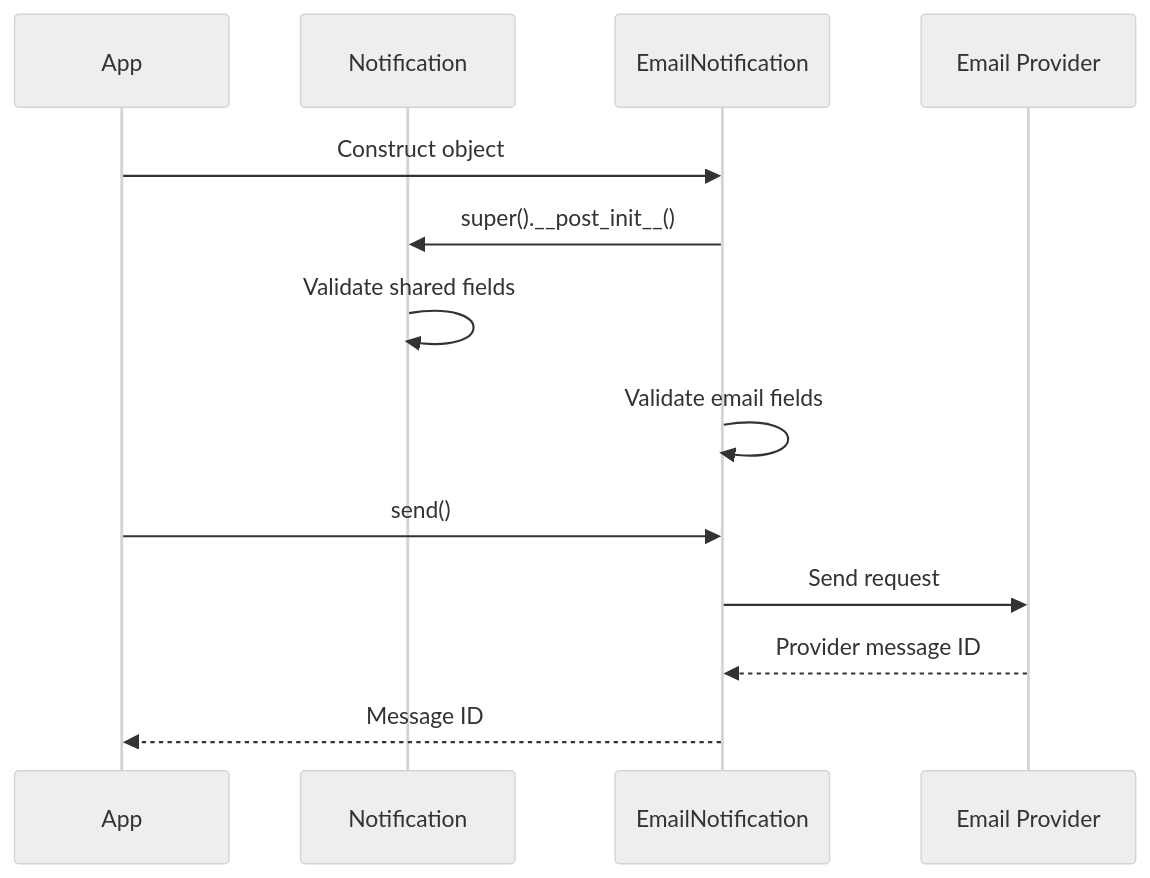
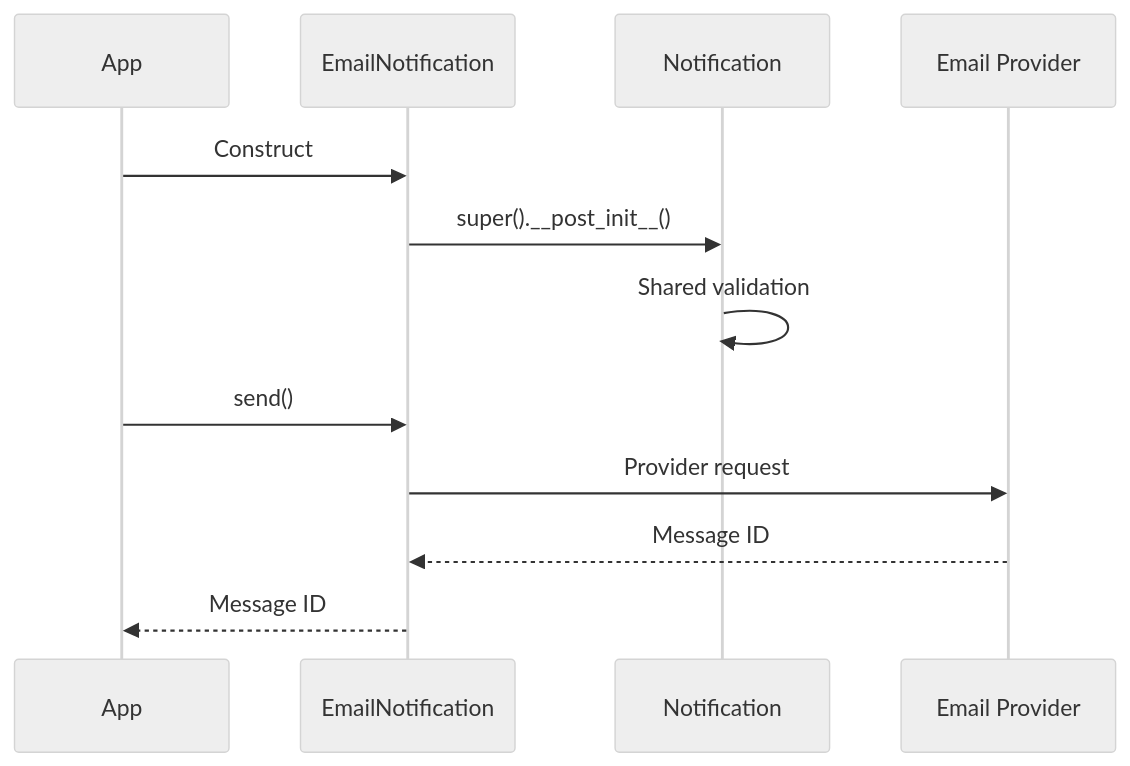
One commit to AvadhBhalodiya/Interview-Preparation changed the fourth of 5 diagrams in src/content/python/dataclass-abc.md. Above: the diagram before and after it, drawn with Mermaid (neutral theme). The commit also changed other lines of this file and 80 other files, not shown here.

````diff
--- a/src/content/python/dataclass-abc.md
+++ b/src/content/python/dataclass-abc.md
@@ -1463,16 +522,15 @@
 ```mermaid
 sequenceDiagram
     participant App
+    participant Child as EmailNotification
     participant Base as Notification
-    participant Email as EmailNotification
     participant Provider as Email Provider
 
-    App->>Email: Construct object
-    Email->>Base: super().__post_init__()
-    Base->>Base: Validate shared fields
-    Email->>Email: Validate email fields
-    App->>Email: send()
-    Email->>Provider: Send request
-    Provider-->>Email: Provider message ID
-    Email-->>App: Message ID
+    App->>Child: Construct
+    Child->>Base: super().__post_init__()
+    Base->>Base: Shared validation
+    App->>Child: send()
+    Child->>Provider: Provider request
+    Provider-->>Child: Message ID
+    Child-->>App: Message ID
 ```
````
